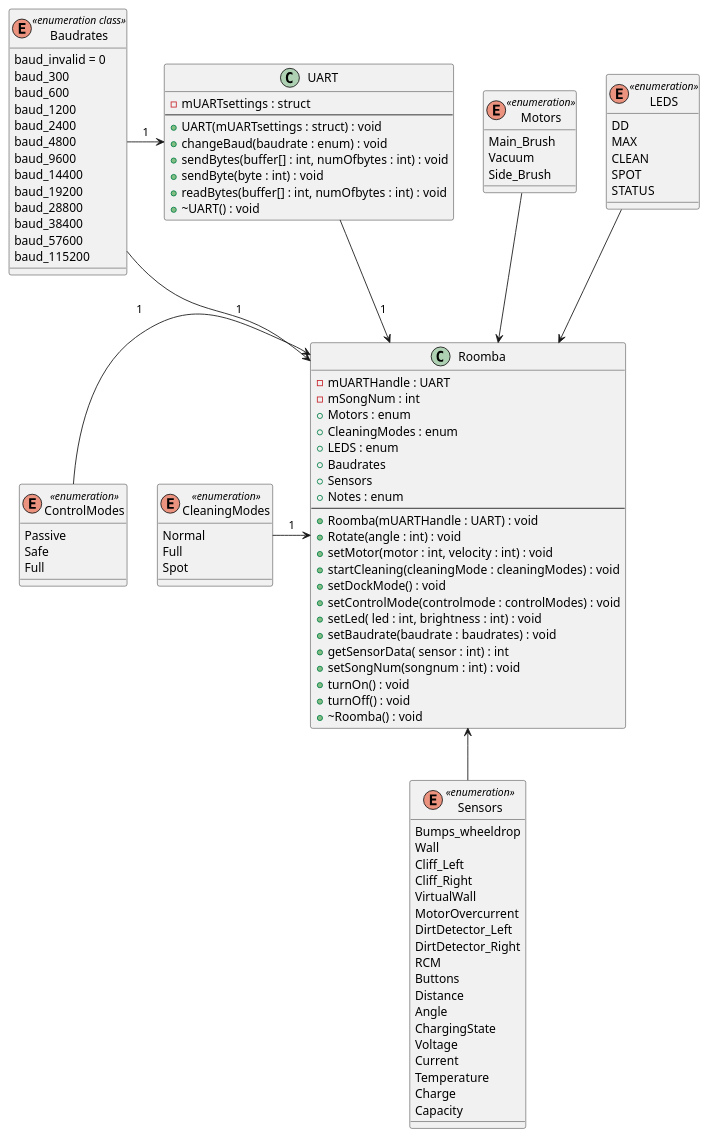
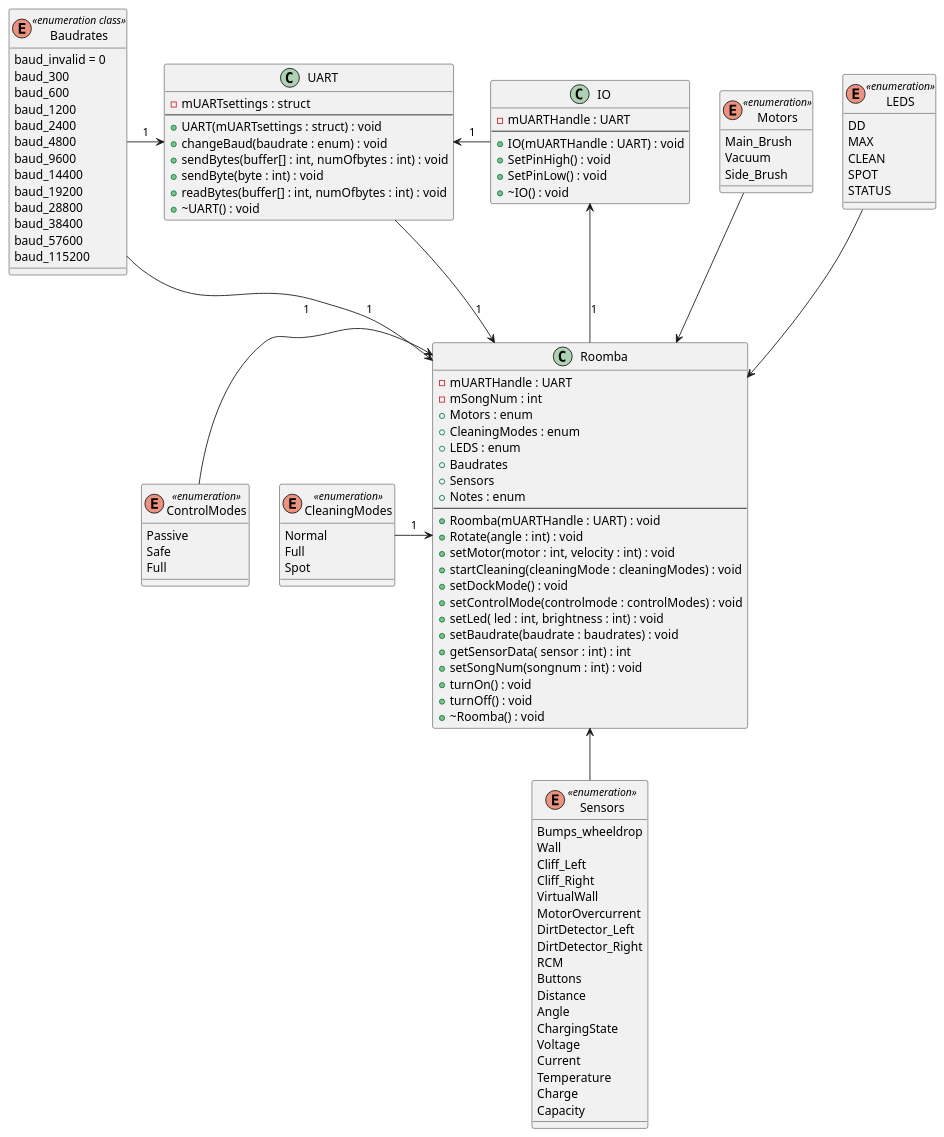
The diagram in Documentatie/Diagrammen/Roomba class diagram .puml (Hoog-V/Roomba_project_cpp), drawn with PlantUML before and after one commit.

Commit message:
-add IO lib toevoegen aan class diagram

```diff
--- a/Documentatie/Diagrammen/Roomba class diagram .puml
+++ b/Documentatie/Diagrammen/Roomba class diagram .puml
@@ -1,122 +1,137 @@
 @startuml Roomba
 
 class Roomba 
 class CleaningModes <<enumeration>>
 class LEDS <<enumeration>>
 class Motors <<enumeration>>
 class ControlModes <<enumeration>>
 class Sensors <<enumeration>>
 interface UART
 interface Baudrates <<enumeration class>>
 
 Roomba <-left- CleaningModes : 1
 Roomba <-up- LEDS
 Roomba <-up- Motors 
 Roomba <-left- ControlModes : 1
 Roomba <-down- Sensors
 Roomba <-up- UART : 1
 Roomba <-left- Baudrates : 1
 
 
 UART <-left- Baudrates : 1
+
+IO <-down- Roomba : 1
+
+UART <-right- IO : 1
 
 class Roomba {
   - mUARTHandle : UART
   - mSongNum : int
   + Motors : enum
   + CleaningModes : enum
   + LEDS : enum
   + Baudrates
   + Sensors
   + Notes : enum
   --
   + Roomba(mUARTHandle : UART) : void
   + Rotate(angle : int) : void
   + setMotor(motor : int, velocity : int) : void
   + startCleaning(cleaningMode : cleaningModes) : void
   + setDockMode() : void
   + setControlMode(controlmode : controlModes) : void
   + setLed( led : int, brightness : int) : void
   + setBaudrate(baudrate : baudrates) : void
   + getSensorData( sensor : int) : int
   + setSongNum(songnum : int) : void
   + turnOn() : void
   + turnOff() : void
   + ~Roomba() : void
 }
 
 enum LEDS {
 DD
 MAX
 CLEAN
 SPOT
 STATUS
 }
 
 enum Motors {
 Main_Brush
 Vacuum
 Side_Brush
 }
 
 enum Baudrates {
 baud_invalid = 0
 baud_300
 baud_600
 baud_1200
 baud_2400
 baud_4800
 baud_9600
 baud_14400
 baud_19200
 baud_28800
 baud_38400
 baud_57600
 baud_115200
 }
 
 class UART {
 - mUARTsettings : struct
 --
 + UART(mUARTsettings : struct) : void
 + changeBaud(baudrate : enum) : void
 + sendBytes(buffer[] : int, numOfbytes : int) : void
 + sendByte(byte : int) : void
 + readBytes(buffer[] : int, numOfbytes : int) : void
 + ~UART() : void
 }
 
 enum CleaningModes {
 Normal
 Full
 Spot
 }
 
 enum ControlModes {
 Passive
 Safe
 Full
 }
 
 enum Sensors {
 Bumps_wheeldrop
 Wall
 Cliff_Left
 Cliff_Right
 VirtualWall
 MotorOvercurrent
 DirtDetector_Left
 DirtDetector_Right
 RCM
 Buttons
 Distance
 Angle
 ChargingState
 Voltage
 Current
 Temperature
 Charge
 Capacity
 }
 
+
+class IO {
+- mUARTHandle : UART
+--
++ IO(mUARTHandle : UART) : void
++ SetPinHigh() : void
++ SetPinLow() : void
++ ~IO() : void
+}
+
+
 @enduml
```
